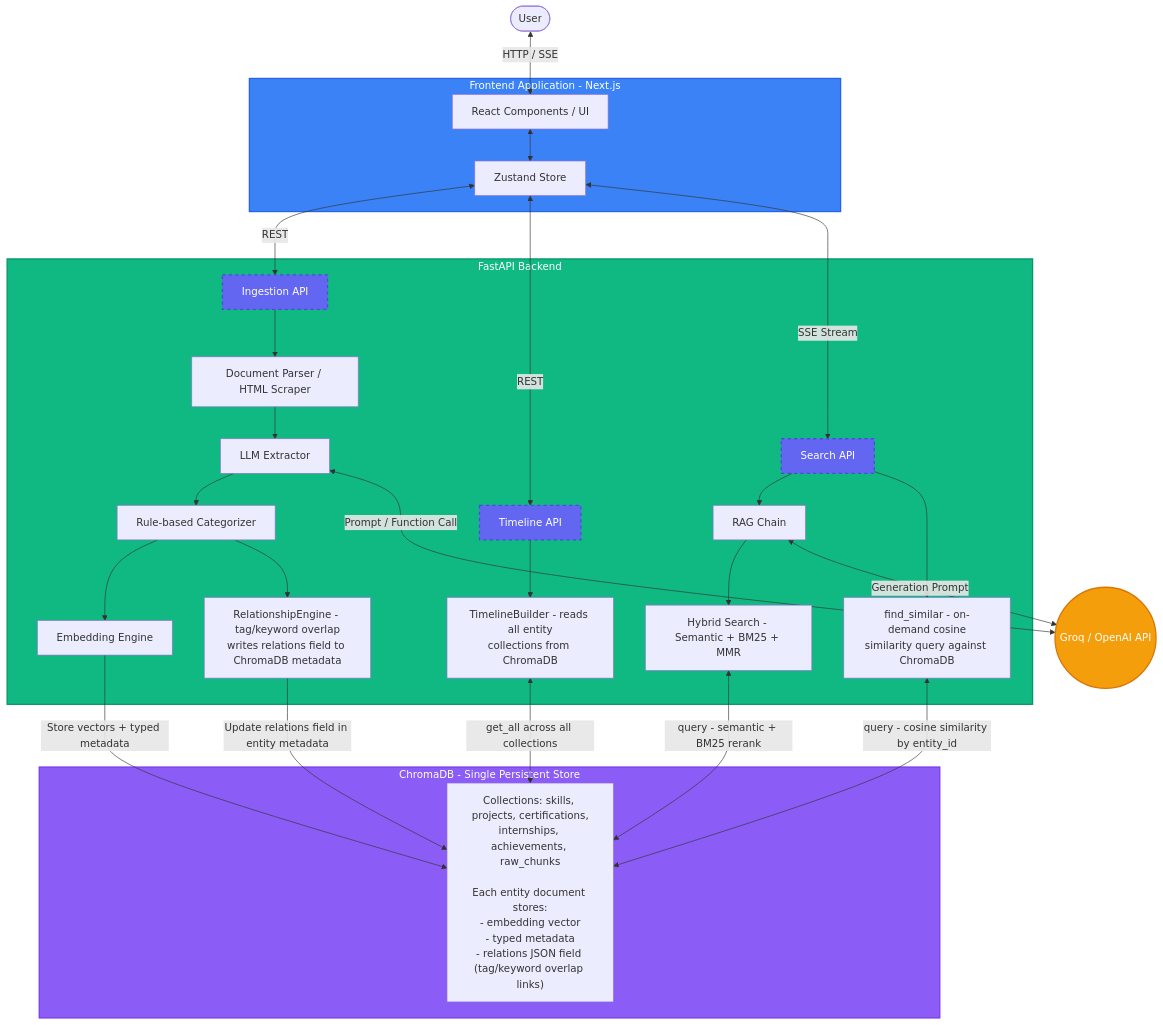
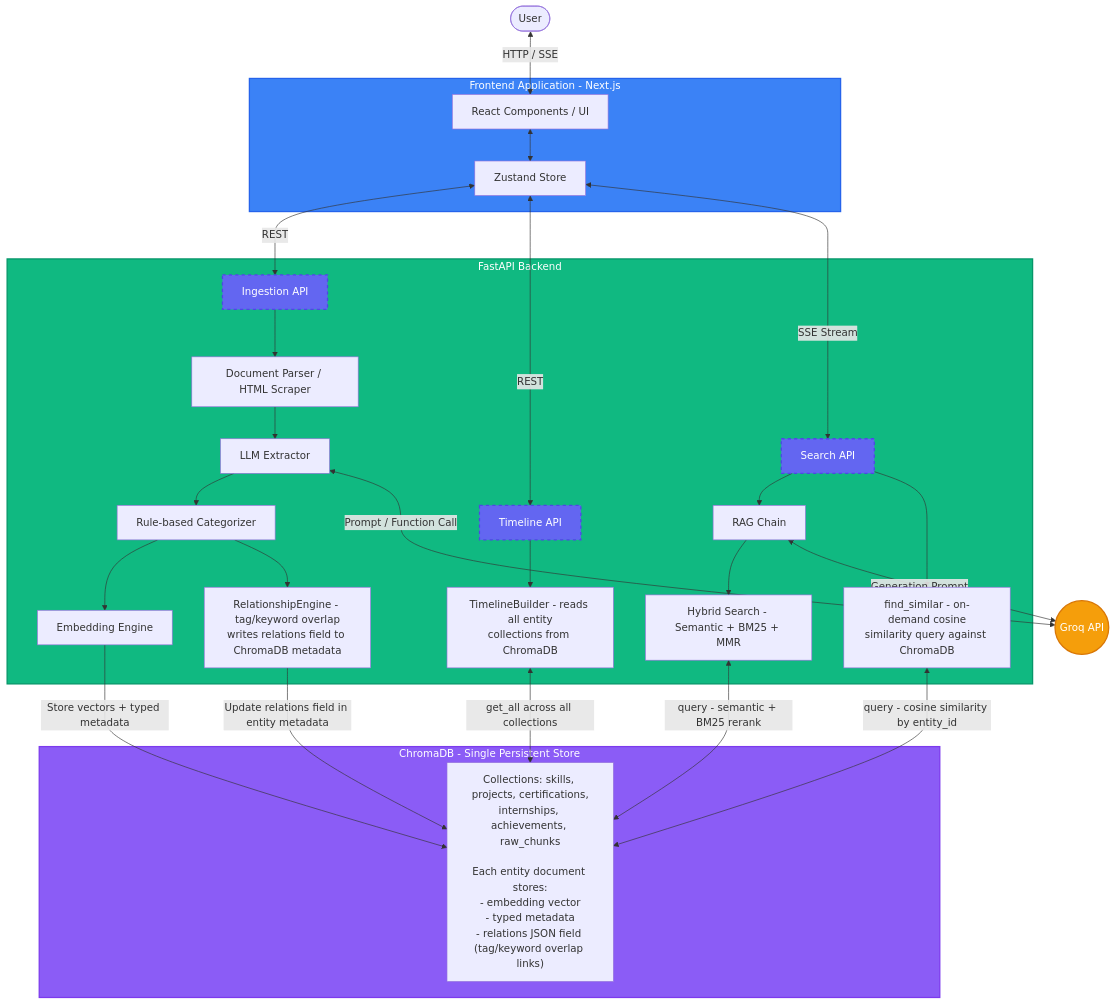
The diagram in README.md (YOGESH-BHANGALE/memoryverse), drawn with Mermaid before and after one commit. The commit also changed 1 other file, not shown here.

Commit message:
Update README architecture diagram LLM node and THOUGHT_PROCESS user identification section

````diff
--- a/README.md
+++ b/README.md
@@ -107,77 +107,77 @@
 ```mermaid
 flowchart TD
     %% Define Styles
     classDef frontend fill:#3b82f6,stroke:#2563eb,stroke-width:2px,color:#fff
     classDef backend fill:#10b981,stroke:#059669,stroke-width:2px,color:#fff
     classDef external fill:#f59e0b,stroke:#d97706,stroke-width:2px,color:#fff
     classDef data fill:#8b5cf6,stroke:#7c3aed,stroke-width:2px,color:#fff
     classDef api fill:#6366f1,stroke:#4f46e5,stroke-width:2px,color:#fff,stroke-dasharray: 5 5
 
     %% Actors
     User([User])
 
     %% Frontend Components
     subgraph Frontend [Frontend Application - Next.js]
         UI[React Components / UI]
         State[Zustand Store]
         UI <--> State
     end
     class Frontend frontend
 
     %% Backend Components
     subgraph Backend [FastAPI Backend]
         API_Upload[Ingestion API]
         API_Timeline[Timeline API]
         API_Search[Search API]
 
         Parser[Document Parser / HTML Scraper]
         LLM_Extract[LLM Extractor]
         Categorizer[Rule-based Categorizer]
         Embedder[Embedding Engine]
         RelationEngine["RelationshipEngine - tag/keyword overlap\nwrites relations field to ChromaDB metadata"]
         TimelineBuilder["TimelineBuilder - reads all entity\ncollections from ChromaDB"]
         RAGChain[RAG Chain]
         HybridSearch[Hybrid Search - Semantic + BM25 + MMR]
         SimilarSearch["find_similar - on-demand cosine\nsimilarity query against ChromaDB"]
 
         API_Upload --> Parser
         Parser --> LLM_Extract
         LLM_Extract --> Categorizer
         Categorizer --> Embedder
         Categorizer --> RelationEngine
 
         API_Timeline --> TimelineBuilder
 
         API_Search --> RAGChain
         API_Search --> SimilarSearch
         RAGChain --> HybridSearch
     end
     class Backend backend
     class API_Upload,API_Timeline,API_Search api
 
     %% Data Stores - single persistent store, no separate relations store
     subgraph Data ["ChromaDB - Single Persistent Store"]
         Chroma["Collections: skills, projects, certifications,\ninternships, achievements, raw_chunks\n\nEach entity document stores:\n- embedding vector\n- typed metadata\n- relations JSON field (tag/keyword overlap links)"]
     end
     class Data data
 
     %% External Services
-    LLM_API((Groq / OpenAI API))
+    LLM_API((Groq API))
     class LLM_API external
 
     %% Connections
     User <-->|HTTP / SSE| UI
     State <-->|REST| API_Upload
     State <-->|REST| API_Timeline
     State <-->|SSE Stream| API_Search
 
     LLM_Extract <-->|Prompt / Function Call| LLM_API
     RAGChain <-->|Generation Prompt| LLM_API
 
     Embedder -->|Store vectors + typed metadata| Chroma
     RelationEngine -->|Update relations field in entity metadata| Chroma
 
     TimelineBuilder <-->|get_all across all collections| Chroma
     HybridSearch <-->|query - semantic + BM25 rerank| Chroma
     SimilarSearch <-->|query - cosine similarity by entity_id| Chroma
 ```
````
